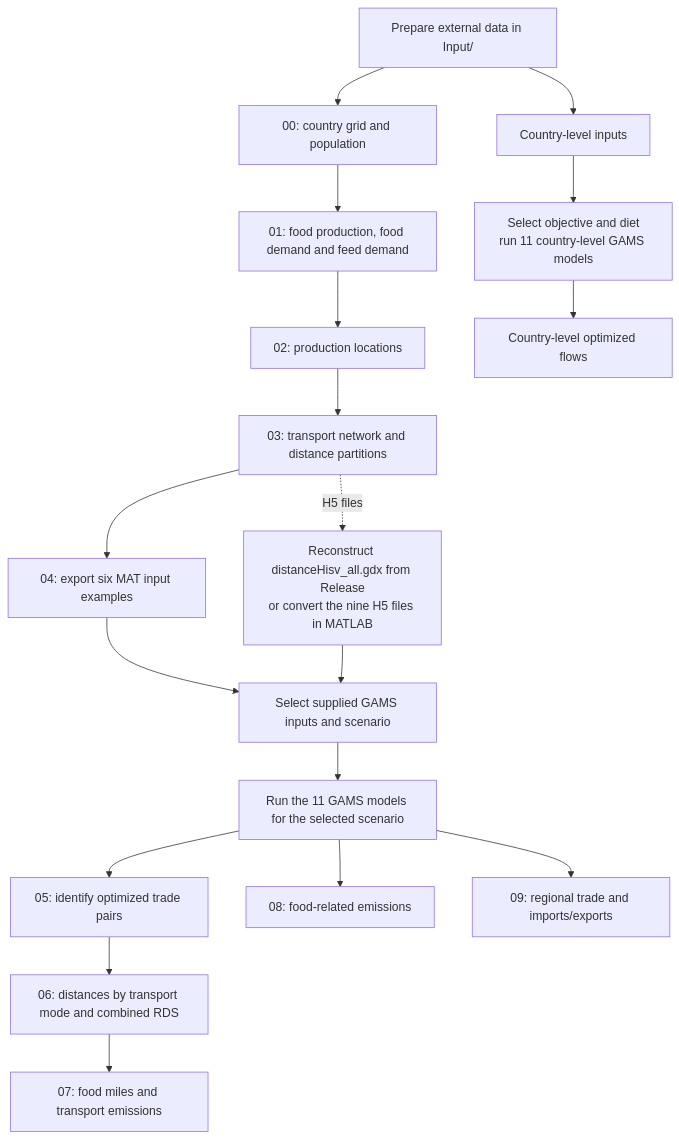
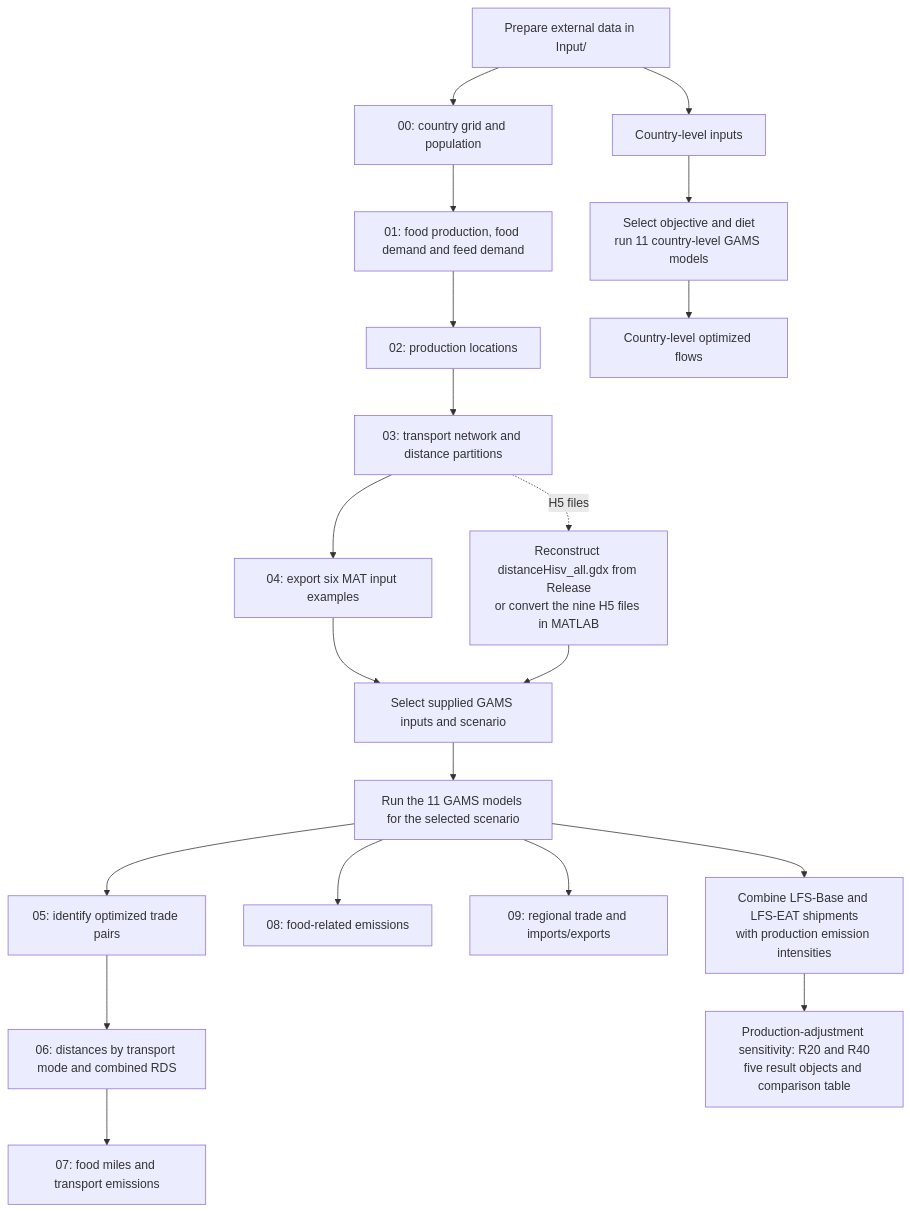
One commit to dengzhong/Reproduction-Package-for-dietary-transition-and-localized-food-supply- changed the first of 2 diagrams in README.md. Above: the diagram before and after it, drawn with Mermaid. The commit also changed other lines of this file, not shown here.

````diff
--- a/README.md
+++ b/README.md
@@ -911,20 +952,22 @@
 ``` mermaid
 flowchart TD
     A["Prepare external data in Input/"] --> B["00: country grid and population"]
     B --> C["01: food production, food demand and feed demand"]
     C --> D["02: production locations"]
     D --> E["03: transport network and distance partitions"]
     E --> F["04: export six MAT input examples"]
     F --> G["Select supplied GAMS inputs and scenario"]
     H["Reconstruct distanceHisv_all.gdx from Release<br/>or convert the nine H5 files in MATLAB"] --> G
     E -. "H5 files" .-> H
     G --> I["Run the 11 GAMS models for the selected scenario"]
     I --> J["05: identify optimized trade pairs"]
     J --> K["06: distances by transport mode and combined RDS"]
     K --> L["07: food miles and transport emissions"]
     I --> M["08: food-related emissions"]
     I --> N["09: regional trade and imports/exports"]
     A --> O["Country-level inputs"]
     O --> P["Select objective and diet<br/>run 11 country-level GAMS models"]
     P --> Q["Country-level optimized flows"]
+    I --> R["Combine LFS-Base and LFS-EAT shipments<br/>with production emission intensities"]
+    R --> S["Production-adjustment sensitivity: R20 and R40<br/>five result objects and comparison table"]
 ```
````
